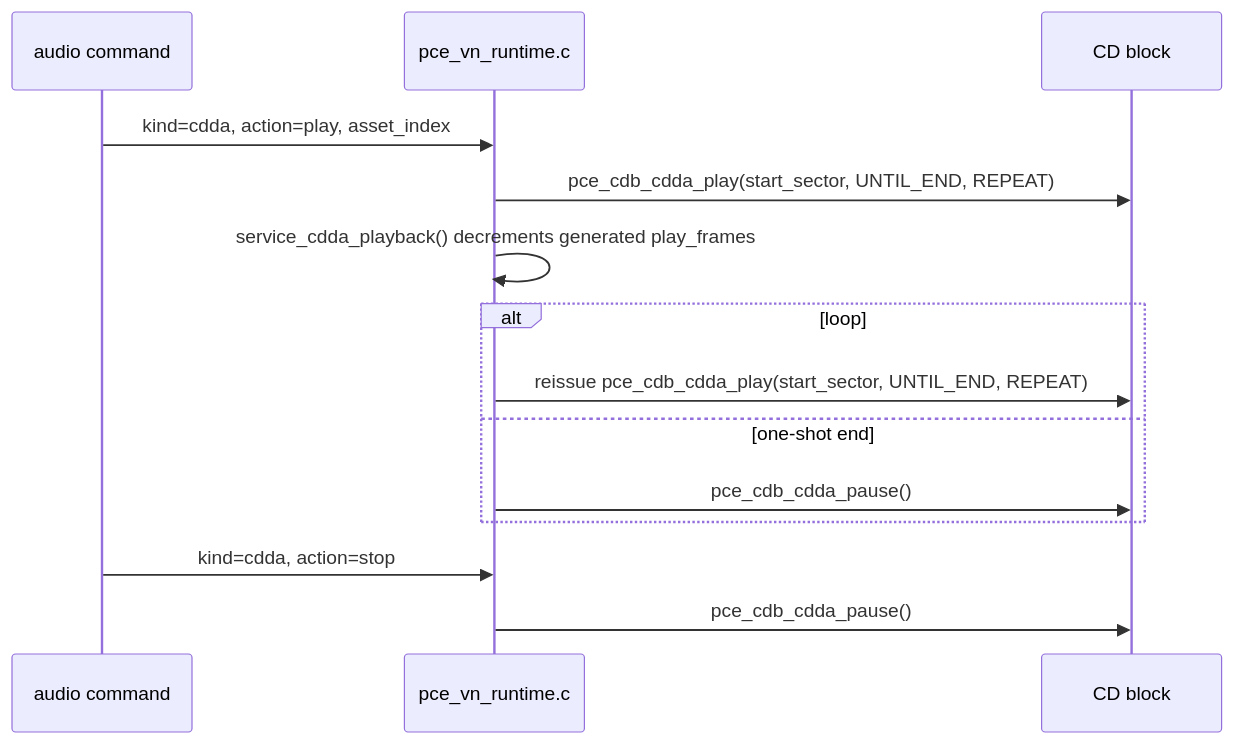
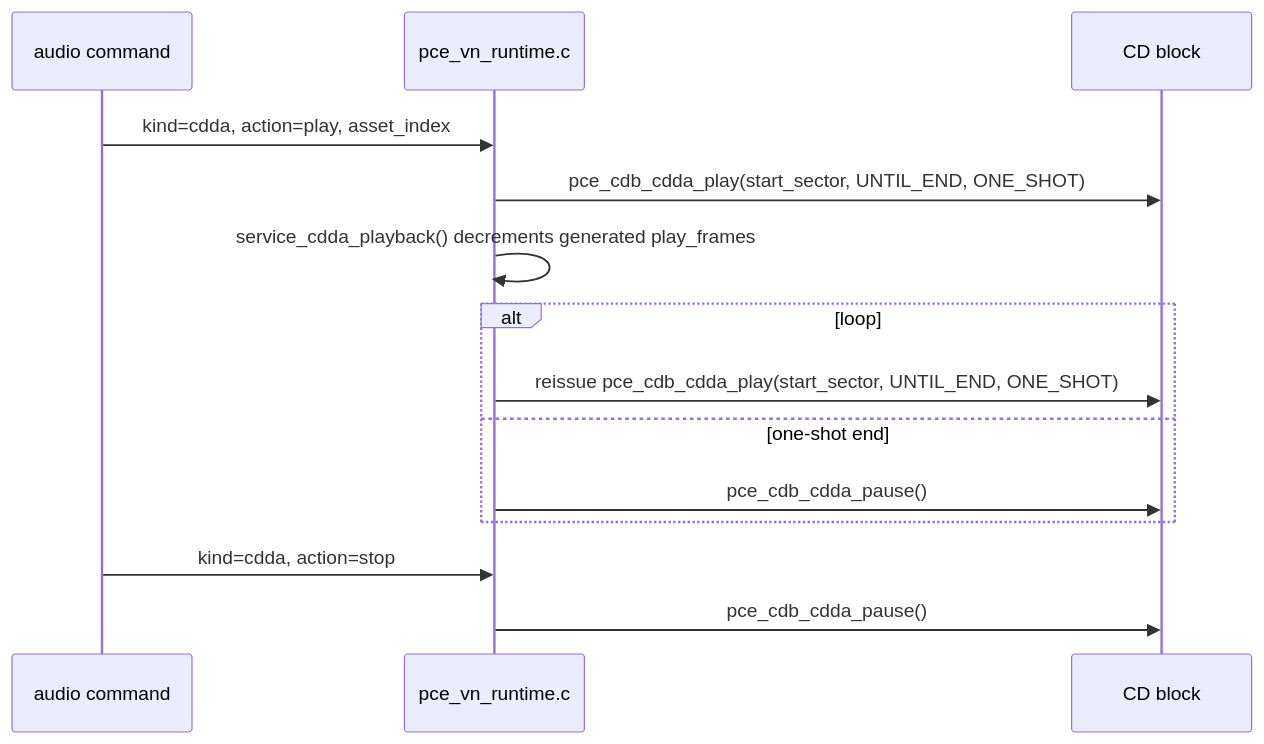
The sixth of 6 diagrams in docs/pce-media-programming-guide.md (HOSSIE-JP/pce-game-editor), drawn with Mermaid before and after one commit. The commit also changed other lines of this file and 28 other files, not shown here.

````diff
--- a/docs/pce-media-programming-guide.md
+++ b/docs/pce-media-programming-guide.md
@@ -735,16 +735,16 @@
 ```mermaid
 sequenceDiagram
   participant Scene as audio command
   participant RT as pce_vn_runtime.c
   participant CDB as CD block
   Scene->>RT: kind=cdda, action=play, asset_index
-  RT->>CDB: pce_cdb_cdda_play(start_sector, UNTIL_END, REPEAT)
+  RT->>CDB: pce_cdb_cdda_play(start_sector, UNTIL_END, ONE_SHOT)
   RT->>RT: service_cdda_playback() decrements generated play_frames
   alt loop
-    RT->>CDB: reissue pce_cdb_cdda_play(start_sector, UNTIL_END, REPEAT)
+    RT->>CDB: reissue pce_cdb_cdda_play(start_sector, UNTIL_END, ONE_SHOT)
   else one-shot end
     RT->>CDB: pce_cdb_cdda_pause()
   end
   Scene->>RT: kind=cdda, action=stop
   RT->>CDB: pce_cdb_cdda_pause()
 ```
````
